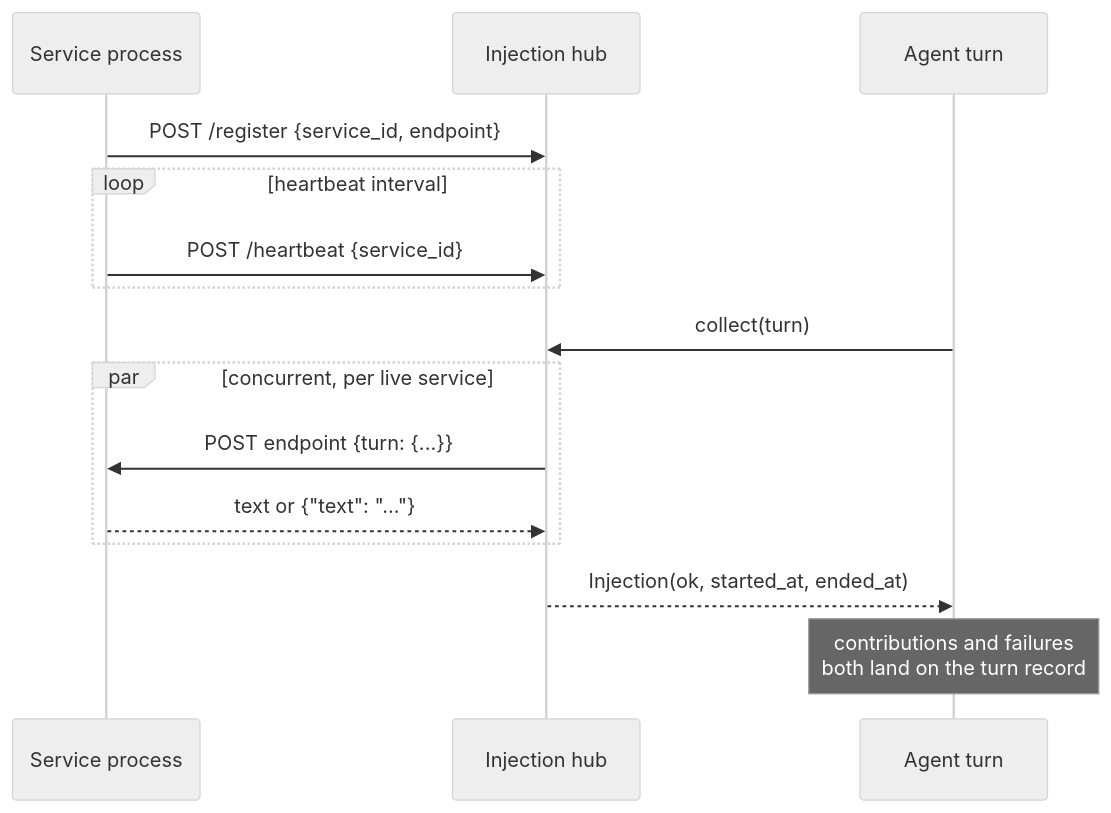
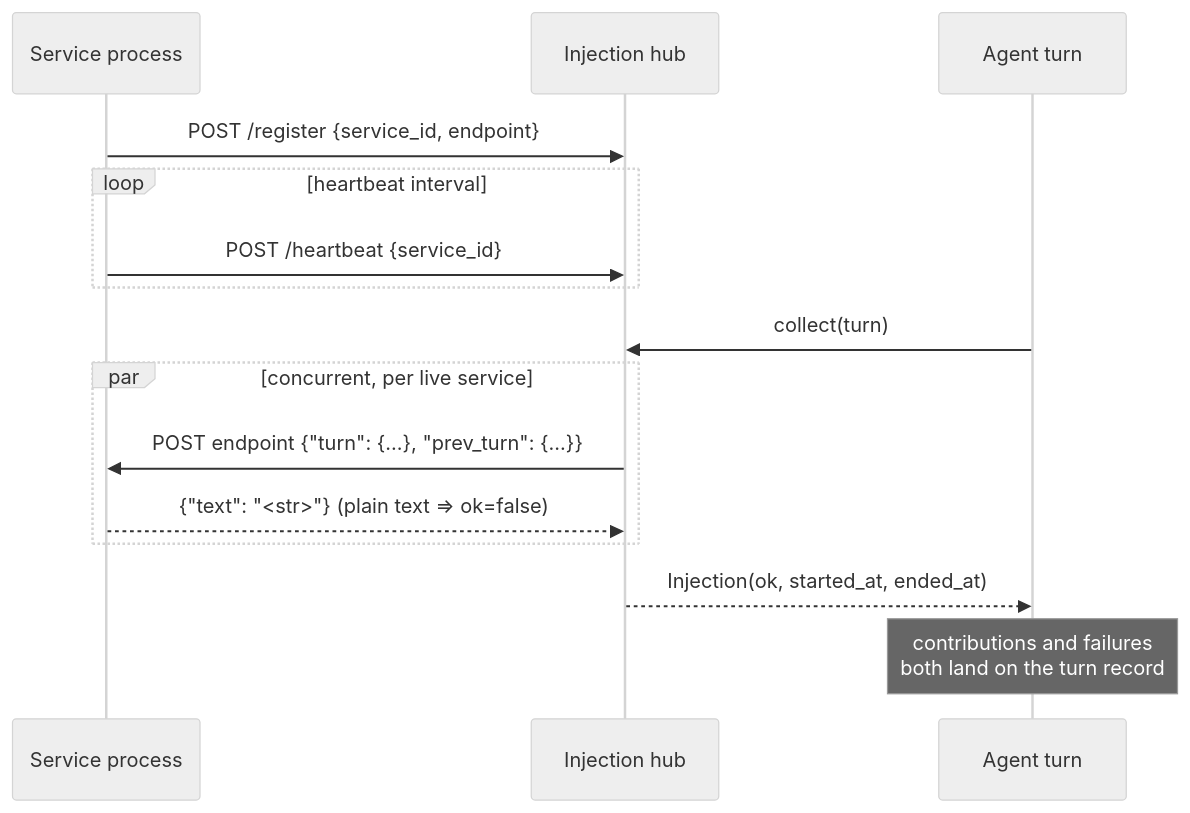
One commit to DarkSpaceY/NAN-itself changed the sixth of 7 diagrams in docs/for-contributors/architecture.md. Above: the diagram before and after it, drawn with Mermaid (neutral theme). The commit also changed other lines of this file and 22 other files, not shown here.

````diff
--- a/docs/for-contributors/architecture.md
+++ b/docs/for-contributors/architecture.md
@@ -140,18 +145,18 @@
 ```mermaid
 sequenceDiagram
     participant S as Service process
     participant H as Injection hub
     participant A as Agent turn
 
     S->>H: POST /register {service_id, endpoint}
     loop heartbeat interval
         S->>H: POST /heartbeat {service_id}
     end
     A->>H: collect(turn)
     par concurrent, per live service
-        H->>S: POST endpoint {turn: {...}}
-        S-->>H: text or {"text": "..."}
+        H->>S: POST endpoint {"turn": {...}, "prev_turn": {...}}
+        S-->>H: {"text": "<str>"} (plain text => ok=false)
     end
     H-->>A: Injection(ok, started_at, ended_at)
     note over A: contributions and failures<br/>both land on the turn record
 ```
````
